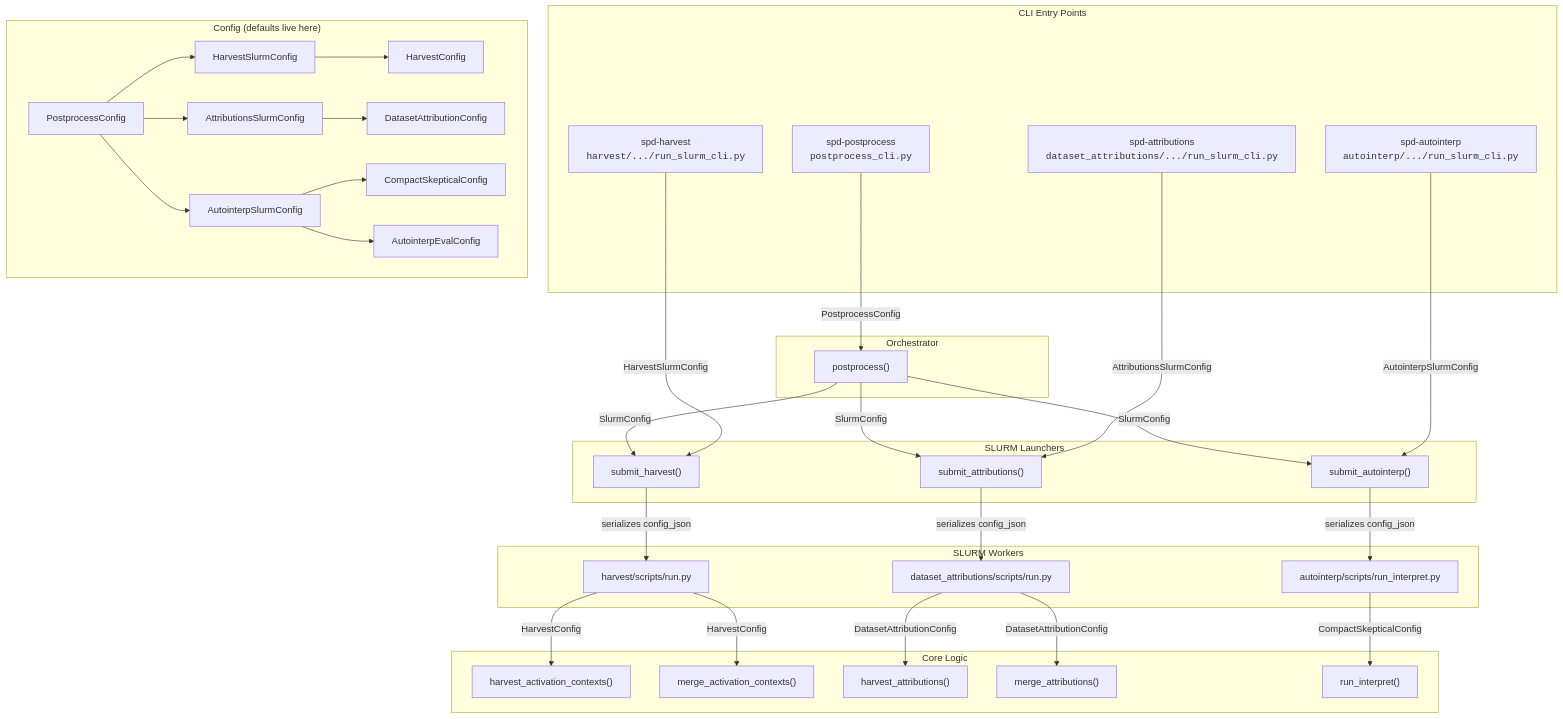
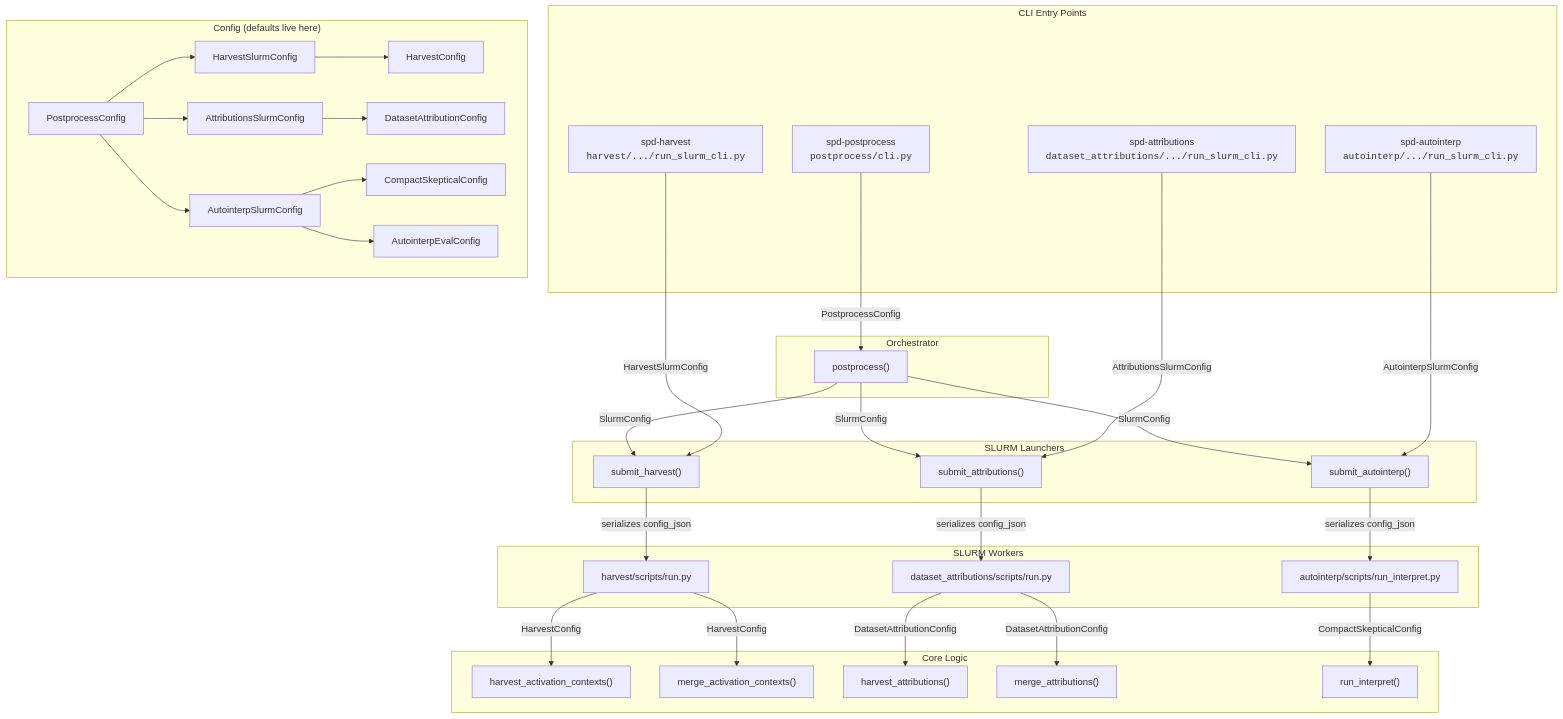
Before and after one commit to goodfire-ai/spd: the first of 3 diagrams in spd/postprocess/architecture.md, drawn with Mermaid. The commit also changed other lines of this file and 2 other files, not shown here.

Commit message:
Tune defaults (n_batches=1000, n_gpus=8 for attributions), fix stale diagram paths

````diff
--- a/spd/postprocess/architecture.md
+++ b/spd/postprocess/architecture.md
@@ -5,64 +5,64 @@
 ```mermaid
 graph TD
     subgraph "CLI Entry Points"
-        PP_CLI["spd-postprocess<br/><code>postprocess_cli.py</code>"]
+        PP_CLI["spd-postprocess<br/><code>postprocess/cli.py</code>"]
         H_CLI["spd-harvest<br/><code>harvest/.../run_slurm_cli.py</code>"]
         A_CLI["spd-attributions<br/><code>dataset_attributions/.../run_slurm_cli.py</code>"]
         AI_CLI["spd-autointerp<br/><code>autointerp/.../run_slurm_cli.py</code>"]
     end
 
     subgraph "Config (defaults live here)"
         PC["PostprocessConfig"]
         HSC["HarvestSlurmConfig"]
         ASC["AttributionsSlurmConfig"]
         AISC["AutointerpSlurmConfig"]
         HC["HarvestConfig"]
         DAC["DatasetAttributionConfig"]
         CSC["CompactSkepticalConfig"]
         AEC["AutointerpEvalConfig"]
 
         PC --> HSC & ASC & AISC
         HSC --> HC
         ASC --> DAC
         AISC --> CSC & AEC
     end
 
     subgraph "Orchestrator"
         PP["postprocess()"]
     end
 
     subgraph "SLURM Launchers"
         H_SLURM["submit_harvest()"]
         A_SLURM["submit_attributions()"]
         AI_SLURM["submit_autointerp()"]
     end
 
     subgraph "SLURM Workers"
         H_RUN["harvest/scripts/run.py"]
         A_RUN["dataset_attributions/scripts/run.py"]
         AI_RUN["autointerp/scripts/run_interpret.py"]
     end
 
     subgraph "Core Logic"
         H_CORE["harvest_activation_contexts()"]
         H_MERGE["merge_activation_contexts()"]
         A_CORE["harvest_attributions()"]
         A_MERGE["merge_attributions()"]
         AI_CORE["run_interpret()"]
     end
 
     PP_CLI -- "PostprocessConfig" --> PP
     PP -- "SlurmConfig" --> H_SLURM & A_SLURM & AI_SLURM
 
     H_CLI -- "HarvestSlurmConfig" --> H_SLURM
     A_CLI -- "AttributionsSlurmConfig" --> A_SLURM
     AI_CLI -- "AutointerpSlurmConfig" --> AI_SLURM
 
     H_SLURM -- "serializes config_json" --> H_RUN
     A_SLURM -- "serializes config_json" --> A_RUN
     AI_SLURM -- "serializes config_json" --> AI_RUN
 
     H_RUN -- "HarvestConfig" --> H_CORE & H_MERGE
     A_RUN -- "DatasetAttributionConfig" --> A_CORE & A_MERGE
     AI_RUN -- "CompactSkepticalConfig" --> AI_CORE
 ```
````
